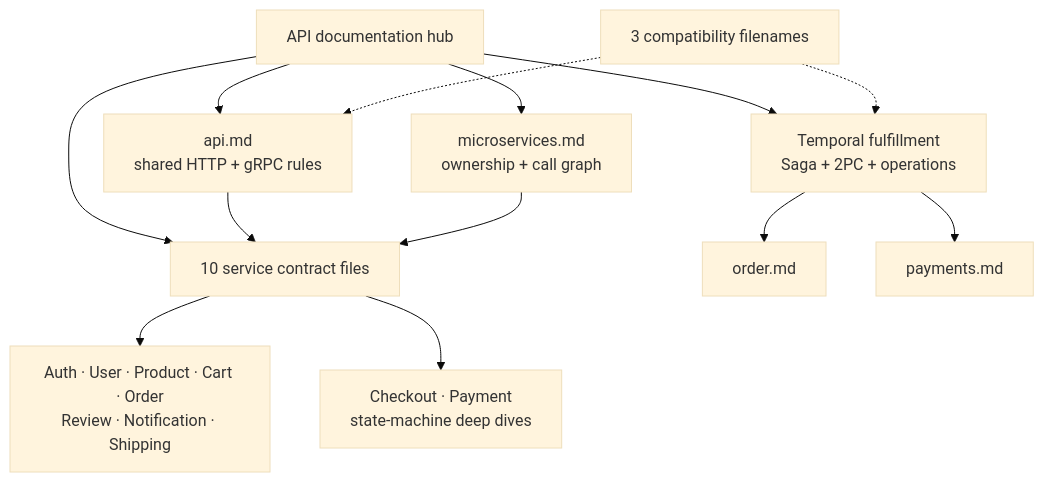
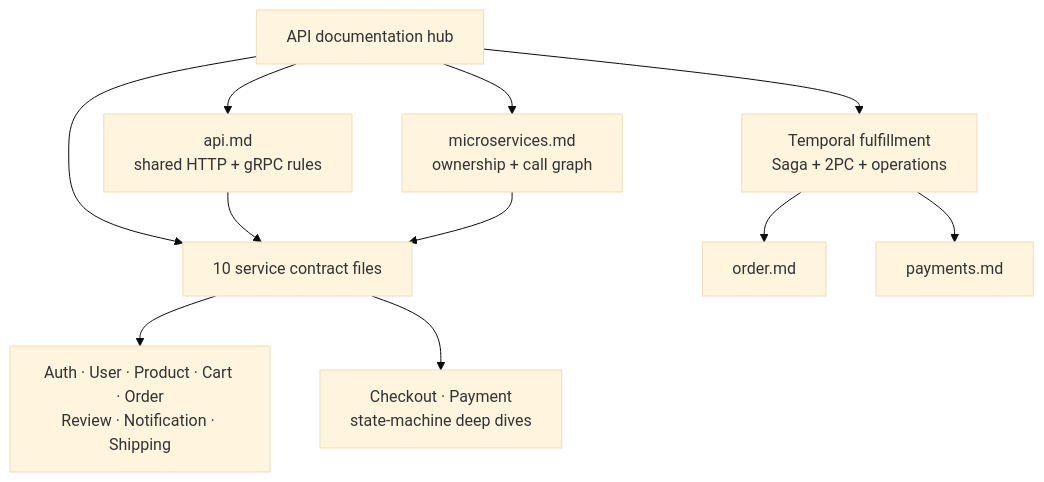
The diagram in docs/api/README.md (duynhlab/homelab), drawn with Mermaid (base theme) before and after one commit. The commit also changed other lines of this file and 13 other files, not shown here.

````diff
--- a/docs/api/README.md
+++ b/docs/api/README.md
@@ -15,15 +14,13 @@
 ```mermaid
 flowchart TD
     Hub["API documentation hub"] --> Shared["api.md<br/>shared HTTP + gRPC rules"]
     Hub --> Catalog["microservices.md<br/>ownership + call graph"]
     Hub --> Contracts["10 service contract files"]
     Hub --> Saga["Temporal fulfillment<br/>Saga + 2PC + operations"]
     Contracts --> Basic["Auth · User · Product · Cart · Order<br/>Review · Notification · Shipping"]
     Contracts --> Deep["Checkout · Payment<br/>state-machine deep dives"]
     Shared --> Contracts
     Catalog --> Contracts
     Saga --> Order["order.md"]
     Saga --> Payment["payments.md"]
-    Legacy["3 compatibility filenames"] -.-> Shared
-    Legacy -.-> Saga
 ```
````
